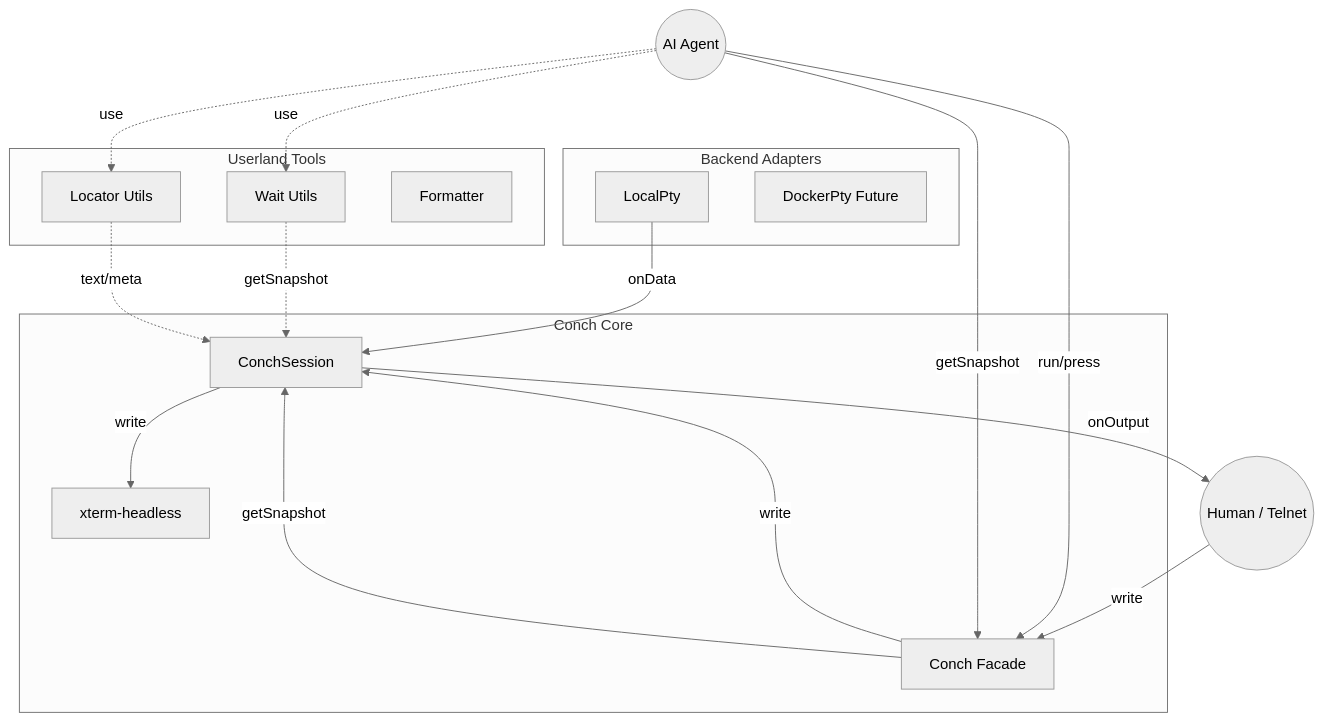
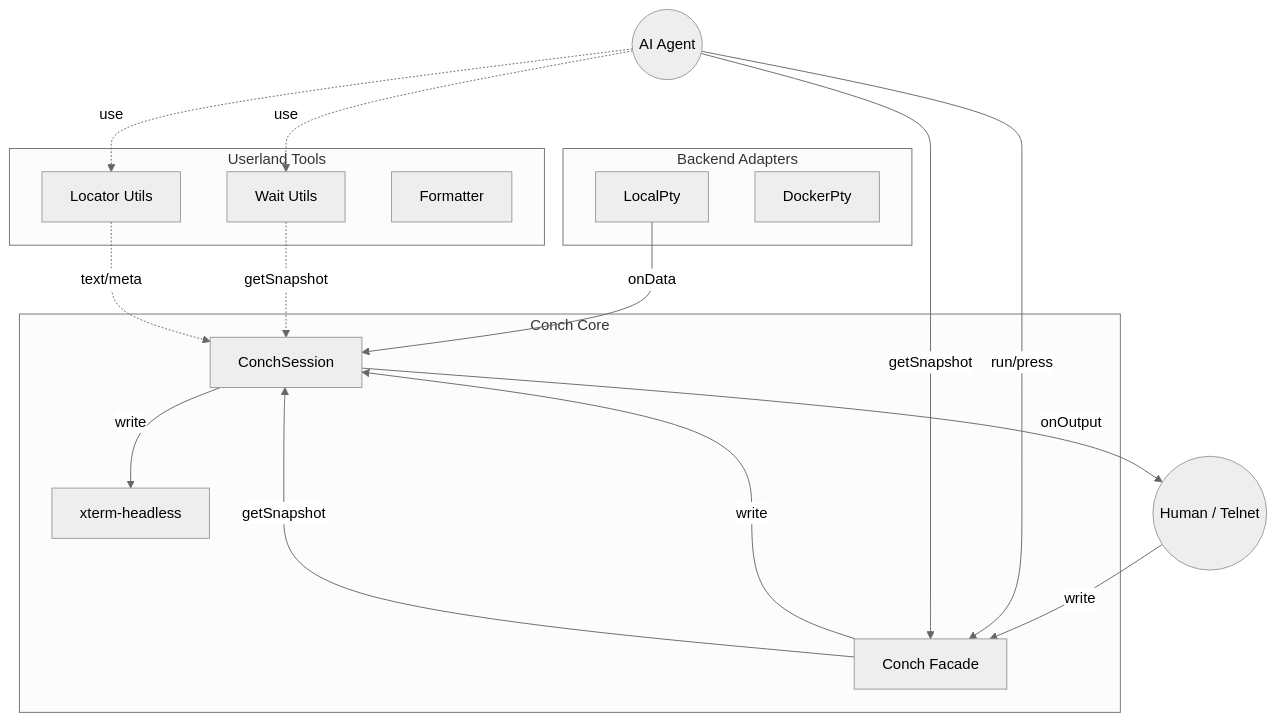
Before and after one commit to youseiushida/conch: the diagram in src/README.ja.md, drawn with Mermaid (neutral theme). The commit also changed other lines of this file and 21 other files, not shown here.

First line of the commit message:
feat: add DockerPty backend for running shell in Docker containers

````diff
--- a/src/README.ja.md
+++ b/src/README.ja.md
@@ -34,42 +34,42 @@
 ```mermaid
 graph TD
     subgraph Backend [Backend Adapters]
         LP[LocalPty]
-        DP[DockerPty Future]
+        DP[DockerPty]
     end
 
     subgraph Core [Conch Core]
         Facade[Conch Facade]
         Session[ConchSession]
         Xterm[xterm-headless]
     end
     
     subgraph Utils [Userland Tools]
         Wait[Wait Utils]
         Locator[Locator Utils]
         Formatter[Formatter]
     end
 
     Human((Human / Telnet))
     Agent((AI Agent))
 
     %% Data Flow
     LP -->|onData| Session
     Session -->|write| Xterm
     
     %% Output
     Session -->|onOutput| Human
     
     %% Input
     Human -->|write| Facade
     Agent -->|run/press| Facade
     Facade -->|write| Session
     
     %% Snapshot & Analysis
     Agent -->|getSnapshot| Facade
     Facade -->|getSnapshot| Session
     Agent -.->|use| Wait
     Agent -.->|use| Locator
     Wait -.->|getSnapshot| Session
     Locator -.->|text/meta| Session
 ```
````
